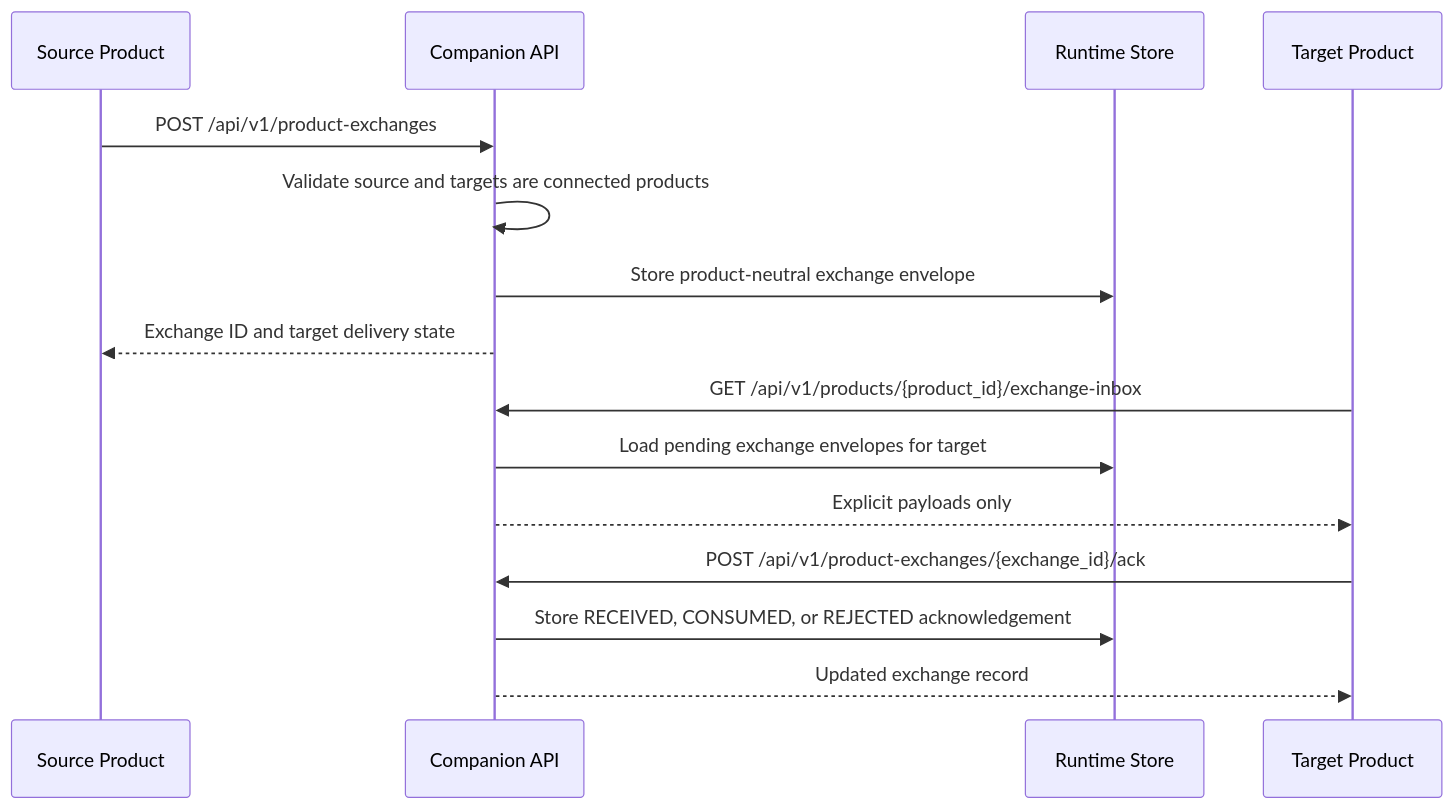
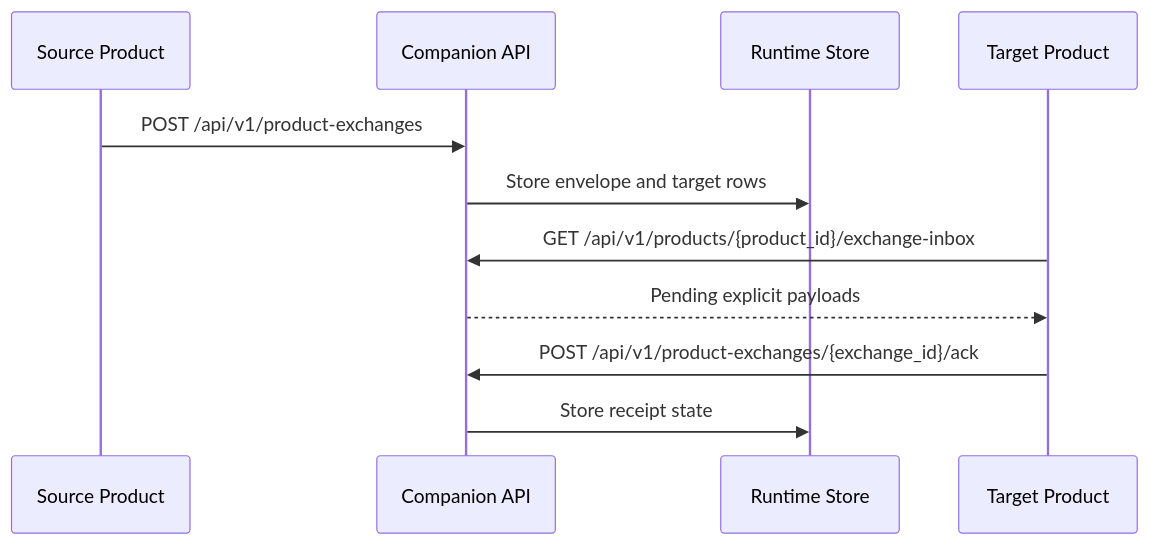
The third of 3 diagrams in docs/EXECUTION_FLOW.md (great1239/mitra-final-phase), drawn with Mermaid before and after one commit. The commit also changed other lines of this file and 15 other files, not shown here.

````diff
--- a/docs/EXECUTION_FLOW.md
+++ b/docs/EXECUTION_FLOW.md
@@ -60,18 +43,14 @@
 ```mermaid
 sequenceDiagram
   participant A as Source Product
   participant API as Companion API
   participant DB as Runtime Store
   participant B as Target Product
 
   A->>API: POST /api/v1/product-exchanges
-  API->>API: Validate source and targets are connected products
-  API->>DB: Store product-neutral exchange envelope
-  API-->>A: Exchange ID and target delivery state
+  API->>DB: Store envelope and target rows
   B->>API: GET /api/v1/products/{product_id}/exchange-inbox
-  API->>DB: Load pending exchange envelopes for target
-  API-->>B: Explicit payloads only
+  API-->>B: Pending explicit payloads
   B->>API: POST /api/v1/product-exchanges/{exchange_id}/ack
-  API->>DB: Store RECEIVED, CONSUMED, or REJECTED acknowledgement
-  API-->>B: Updated exchange record
+  API->>DB: Store receipt state
 ```
````
